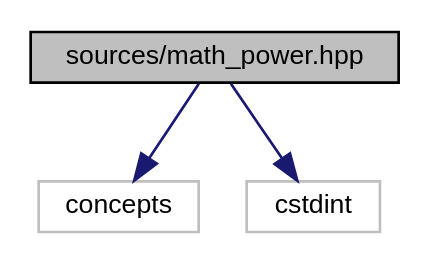
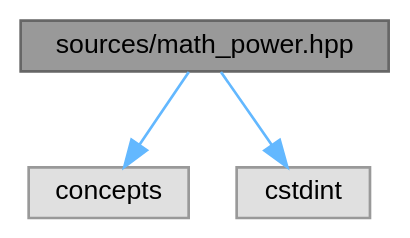
The diagram in dev/documentation/math__power_8hpp__incl.dot (eliogovea/dev-env-cpp), drawn with Graphviz before and after one commit. The commit also changed 247 other files, not shown here.

```diff
--- a/dev/documentation/math__power_8hpp__incl.dot
+++ b/dev/documentation/math__power_8hpp__incl.dot
@@ -1,11 +1,12 @@
 digraph "sources/math_power.hpp"
 {
  // LATEX_PDF_SIZE
-  edge [fontname="Helvetica",fontsize="10",labelfontname="Helvetica",labelfontsize="10"];
-  node [fontname="Helvetica",fontsize="10",shape=record];
-  Node1 [label="sources/math_power.hpp",height=0.2,width=0.4,color="black", fillcolor="grey75", style="filled", fontcolor="black",tooltip=" "];
-  Node1 -> Node2 [color="midnightblue",fontsize="10",style="solid",fontname="Helvetica"];
-  Node2 [label="concepts",height=0.2,width=0.4,color="grey75", fillcolor="white", style="filled",tooltip=" "];
-  Node1 -> Node3 [color="midnightblue",fontsize="10",style="solid",fontname="Helvetica"];
-  Node3 [label="cstdint",height=0.2,width=0.4,color="grey75", fillcolor="white", style="filled",tooltip=" "];
+  bgcolor="transparent";
+  edge [fontname=Helvetica,fontsize=10,labelfontname=Helvetica,labelfontsize=10];
+  node [fontname=Helvetica,fontsize=10,shape=box,height=0.2,width=0.4];
+  Node1 [id="Node000001",label="sources/math_power.hpp",height=0.2,width=0.4,color="gray40", fillcolor="grey60", style="filled", fontcolor="black",tooltip=" "];
+  Node1 -> Node2 [id="edge1_Node000001_Node000002",color="steelblue1",style="solid",tooltip=" "];
+  Node2 [id="Node000002",label="concepts",height=0.2,width=0.4,color="grey60", fillcolor="#E0E0E0", style="filled",tooltip=" "];
+  Node1 -> Node3 [id="edge2_Node000001_Node000003",color="steelblue1",style="solid",tooltip=" "];
+  Node3 [id="Node000003",label="cstdint",height=0.2,width=0.4,color="grey60", fillcolor="#E0E0E0", style="filled",tooltip=" "];
 }
```
